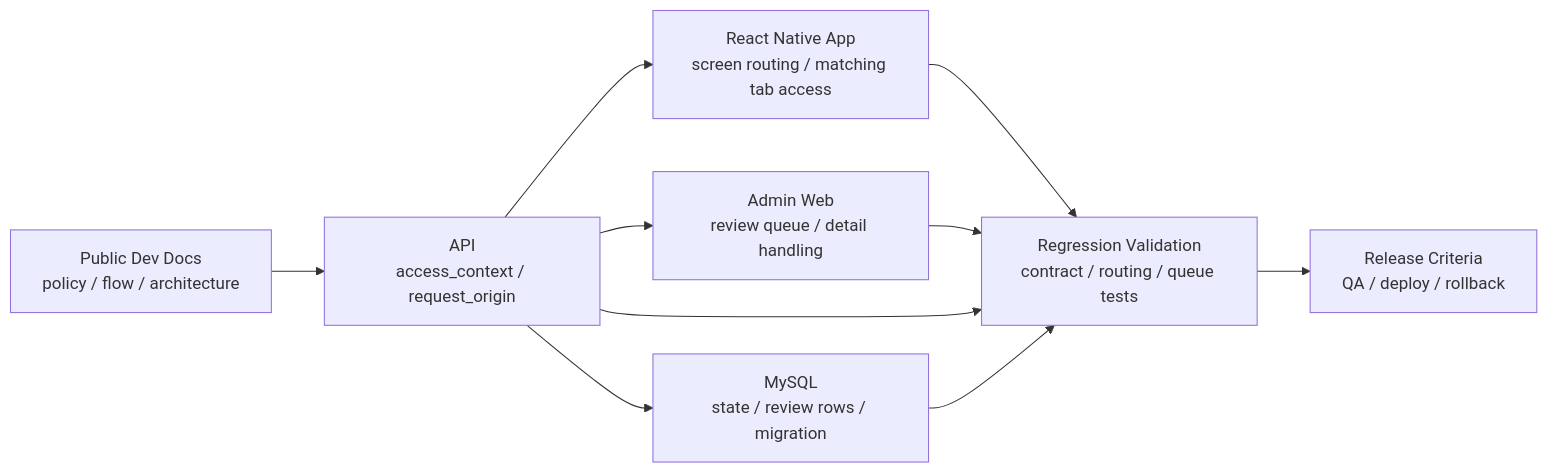
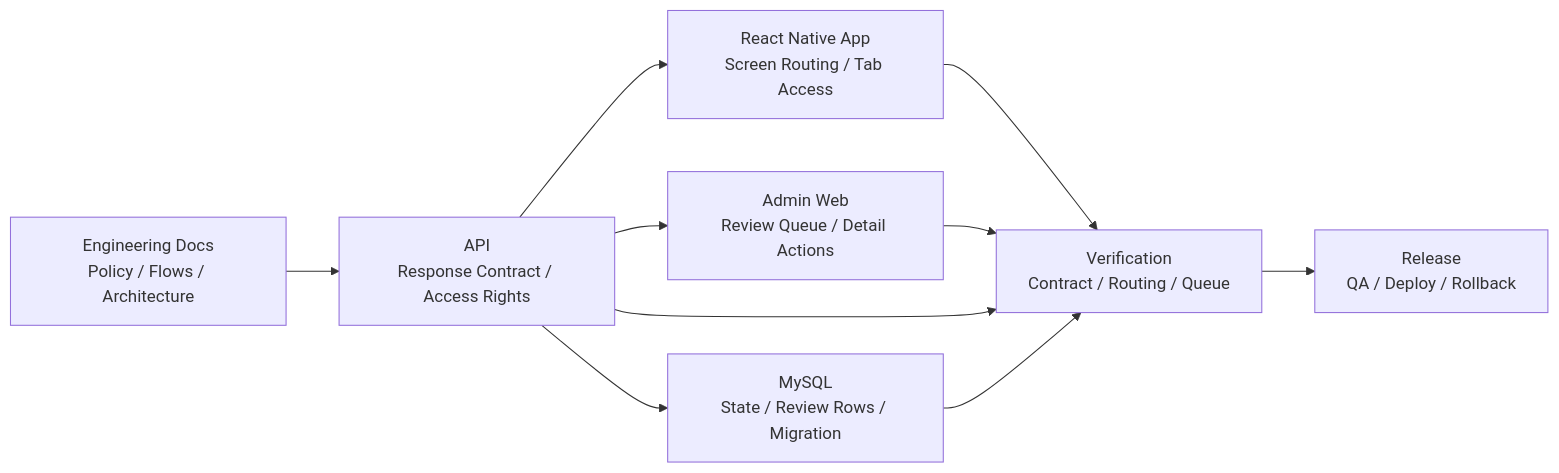
Before and after one commit to zmrdltl/portfolio: the second of 2 diagrams in docs/projects/coupler.en.md, drawn with Mermaid. The commit also changed other lines of this file and 1 other file, not shown here.

````diff
--- a/docs/projects/coupler.en.md
+++ b/docs/projects/coupler.en.md
@@ -44,20 +38,20 @@
 ```mermaid
 flowchart LR
-  docs["Public Dev Docs\npolicy / flow / architecture"]
-  api["API\naccess_context / request_origin"]
-  app["React Native App\nscreen routing / matching tab access"]
-  admin["Admin Web\nreview queue / detail handling"]
-  db["MySQL\nstate / review rows / migration"]
-  tests["Regression Validation\ncontract / routing / queue tests"]
-  release["Release Criteria\nQA / deploy / rollback"]
+  docs["Engineering Docs\nPolicy / Flows / Architecture"]
+  api["API\nResponse Contract / Access Rights"]
+  app["React Native App\nScreen Routing / Tab Access"]
+  admin["Admin Web\nReview Queue / Detail Actions"]
+  db["MySQL\nState / Review Rows / Migration"]
+  tests["Verification\nContract / Routing / Queue"]
+  release["Release\nQA / Deploy / Rollback"]
 
   docs --> api
   api --> app
   api --> admin
   api --> db
   app --> tests
   admin --> tests
   api --> tests
   db --> tests
   tests --> release
 ```
````
